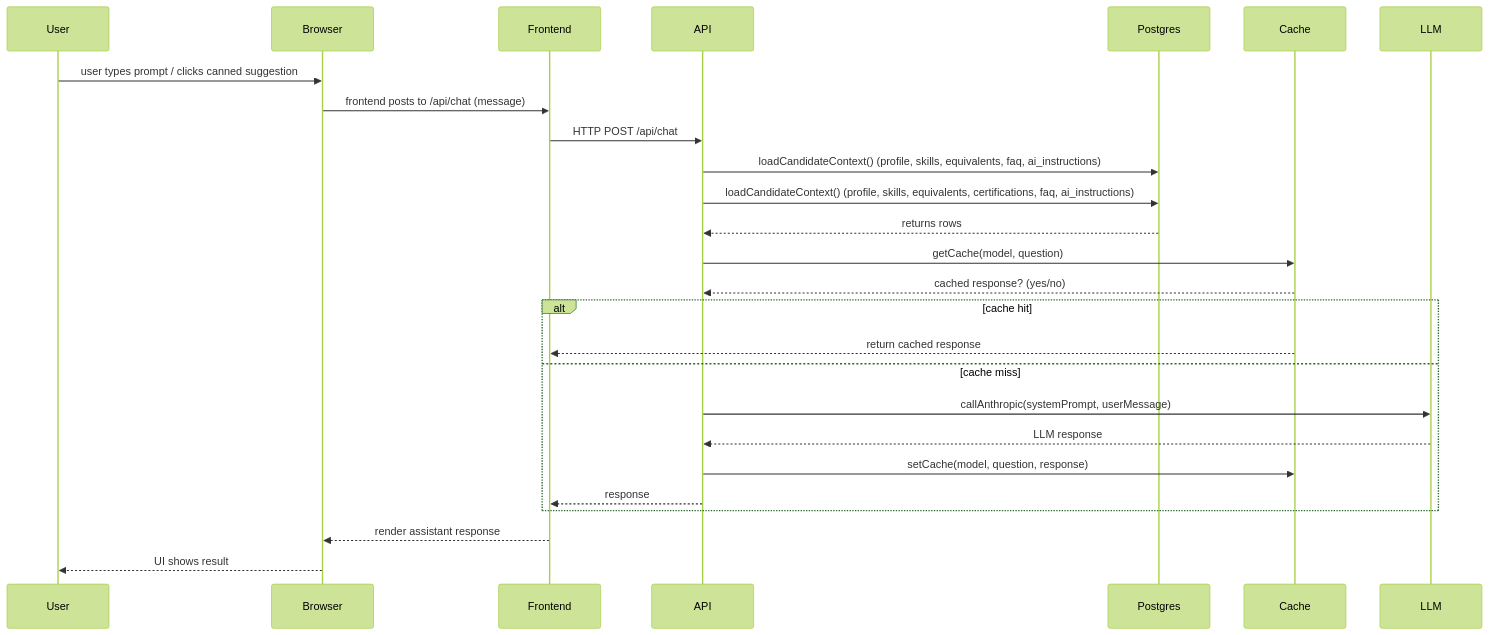
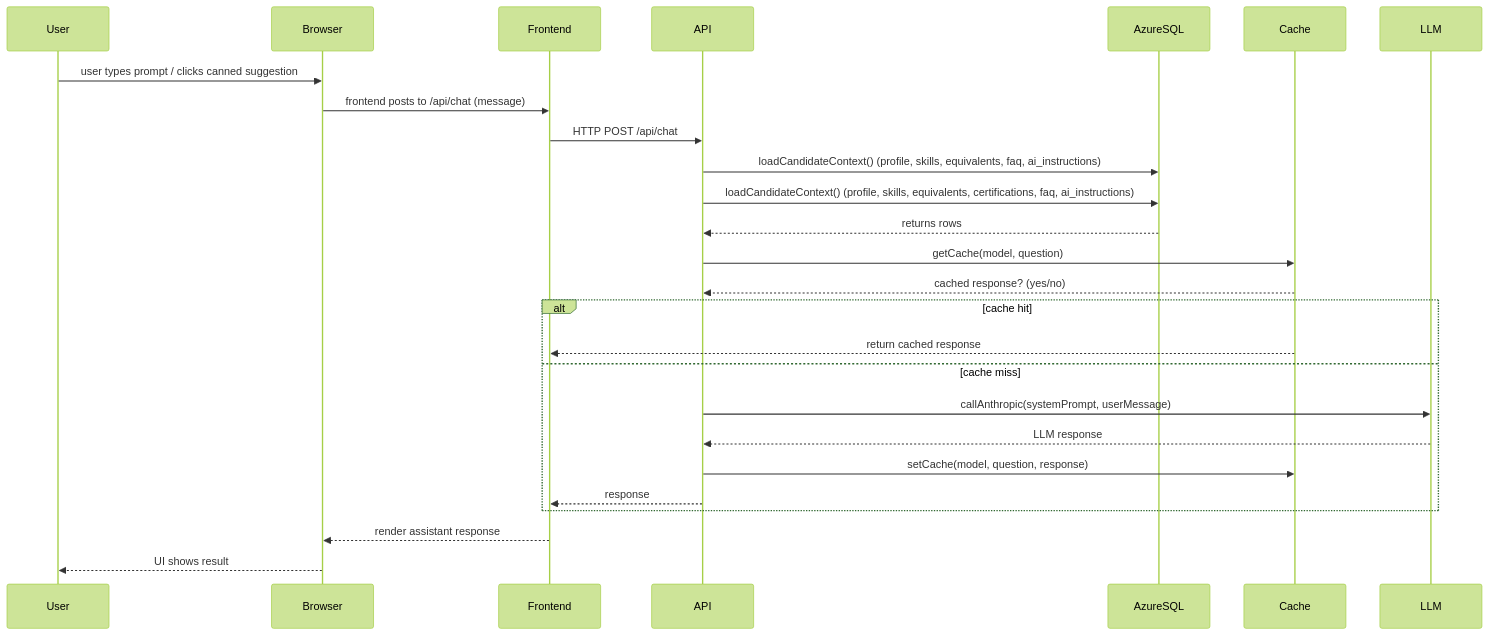
Before and after one commit to devgoon/me: the second of 5 diagrams in docs/DESIGN.md, drawn with Mermaid (forest theme). The commit also changed other lines of this file and 5 other files, not shown here.

````diff
--- a/docs/DESIGN.md
+++ b/docs/DESIGN.md
@@ -34,29 +33,29 @@
 ```mermaid
 sequenceDiagram
   participant U as User
   participant B as Browser
   participant F as Frontend
   participant A as API
-  participant DB as Postgres
+  participant DB as AzureSQL
   participant C as Cache
   participant L as LLM
 
   U->>B: user types prompt / clicks canned suggestion
   B->>F: frontend posts to /api/chat (message)
   F->>A: HTTP POST /api/chat
   A->>DB: loadCandidateContext() (profile, skills, equivalents, faq, ai_instructions)
   A->>DB: loadCandidateContext() (profile, skills, equivalents, certifications, faq, ai_instructions)
   DB-->>A: returns rows
   A->>C: getCache(model, question)
   C-->>A: cached response? (yes/no)
   alt cache hit
     C-->>F: return cached response
   else cache miss
     A->>L: callAnthropic(systemPrompt, userMessage)
     L-->>A: LLM response
     A->>C: setCache(model, question, response)
     A-->>F: response
   end
   F-->>B: render assistant response
   B-->>U: UI shows result
 ```
````
